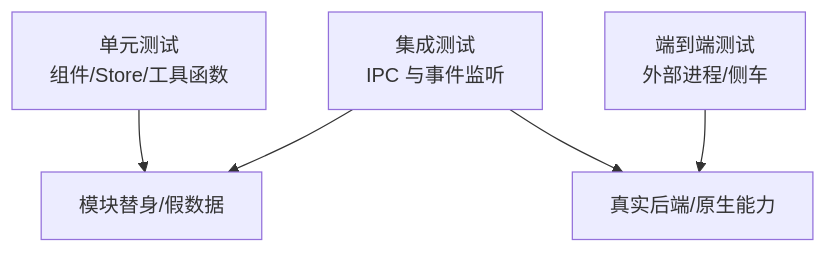
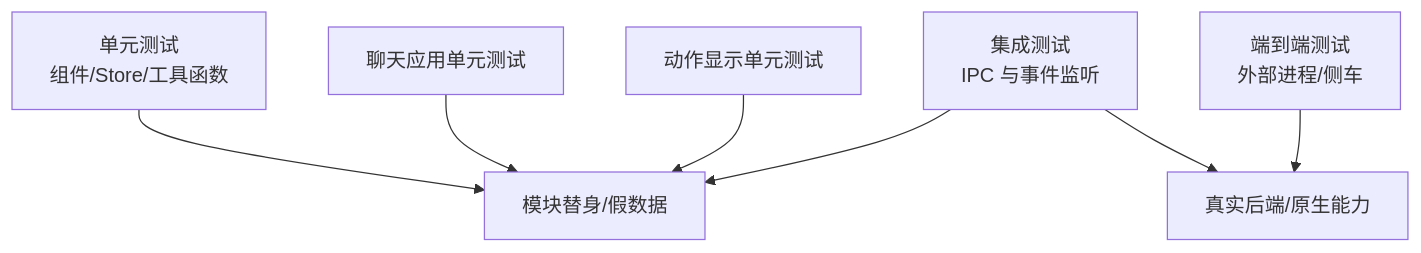
One commit to yattin/panes changed the second of 5 diagrams in .qoder/repowiki/zh/content/开发指南/测试策略.md. Above: the diagram before and after it, drawn with Mermaid. The commit also changed other lines of this file and 45 other files, not shown here.

````diff
--- a/.qoder/repowiki/zh/content/开发指南/测试策略.md
+++ b/.qoder/repowiki/zh/content/开发指南/测试策略.md
@@ -100,12 +126,16 @@
 ```mermaid
 graph TB
 Unit["单元测试<br/>组件/Store/工具函数"]
+ChatUnit["聊天应用单元测试"]
+ActionUnit["动作显示单元测试"]
 Integ["集成测试<br/>IPC 与事件监听"]
 E2E["端到端测试<br/>外部进程/侧车"]
 Mock["模块替身/假数据"]
 Real["真实后端/原生能力"]
 Unit --> Mock
+ChatUnit --> Mock
+ActionUnit --> Mock
 Integ --> Mock
 Integ --> Real
 E2E --> Real
 ```
````
